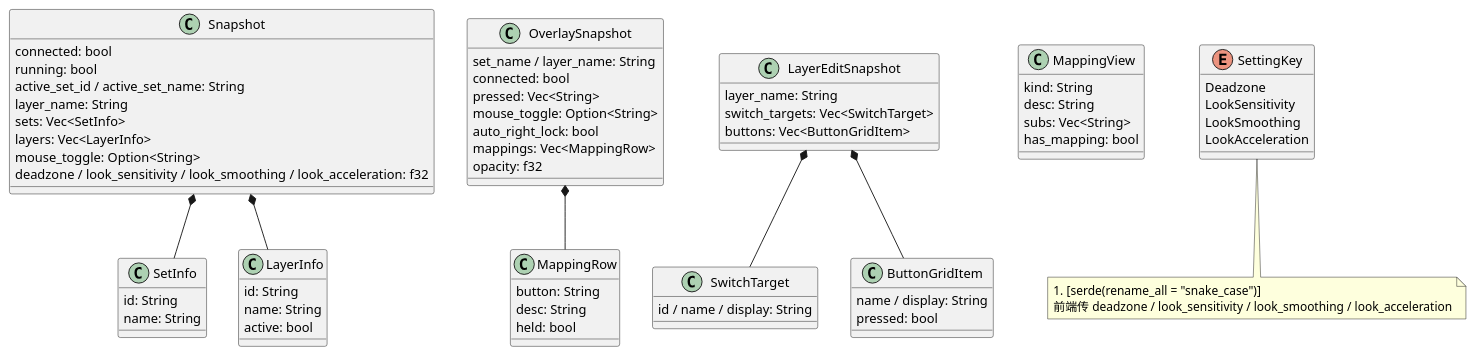
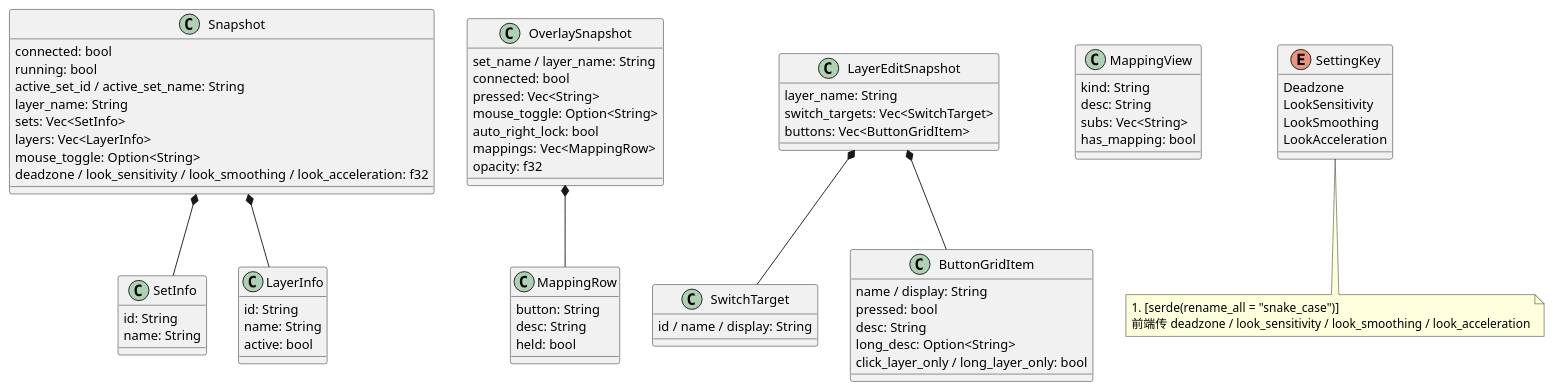
One commit to WowPlugins/GamepadControlerQt changed diagram 12 of 12 in GamepadControlerRustTauri/Tauri.md. Above: the diagram before and after it, drawn with PlantUML. The commit also changed 6 other files, not shown here.

````diff
--- a/GamepadControlerRustTauri/Tauri.md
+++ b/GamepadControlerRustTauri/Tauri.md
@@ -617,70 +617,73 @@
 ```plantuml
 @startuml
 skinparam classAttributeIconSize 0
 
 class SetInfo {
   id: String
   name: String
 }
 class LayerInfo {
   id: String
   name: String
   active: bool
 }
 class Snapshot {
   connected: bool
   running: bool
   active_set_id / active_set_name: String
   layer_name: String
   sets: Vec<SetInfo>
   layers: Vec<LayerInfo>
   mouse_toggle: Option<String>
   deadzone / look_sensitivity / look_smoothing / look_acceleration: f32
 }
 class MappingRow {
   button: String
   desc: String
   held: bool
 }
 class OverlaySnapshot {
   set_name / layer_name: String
   connected: bool
   pressed: Vec<String>
   mouse_toggle: Option<String>
   auto_right_lock: bool
   mappings: Vec<MappingRow>
   opacity: f32
 }
 class SwitchTarget {
   id / name / display: String
 }
 class ButtonGridItem {
   name / display: String
   pressed: bool
+  desc: String
+  long_desc: Option<String>
+  click_layer_only / long_layer_only: bool
 }
 class LayerEditSnapshot {
   layer_name: String
   switch_targets: Vec<SwitchTarget>
   buttons: Vec<ButtonGridItem>
 }
 class MappingView {
   kind: String
   desc: String
   subs: Vec<String>
   has_mapping: bool
 }
 enum SettingKey {
   Deadzone
   LookSensitivity
   LookSmoothing
   LookAcceleration
 }
 
 Snapshot *-- SetInfo
 Snapshot *-- LayerInfo
 OverlaySnapshot *-- MappingRow
 LayerEditSnapshot *-- SwitchTarget
 LayerEditSnapshot *-- ButtonGridItem
 note bottom of SettingKey : #[serde(rename_all = "snake_case")]\n前端传 deadzone / look_sensitivity / look_smoothing / look_acceleration
 @enduml
 ```
````
